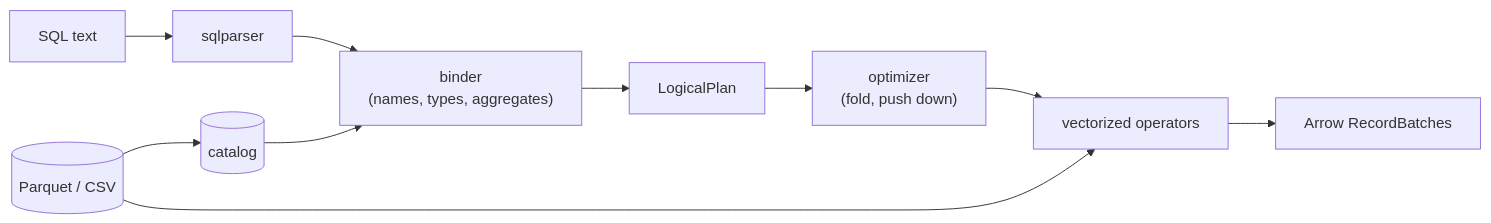
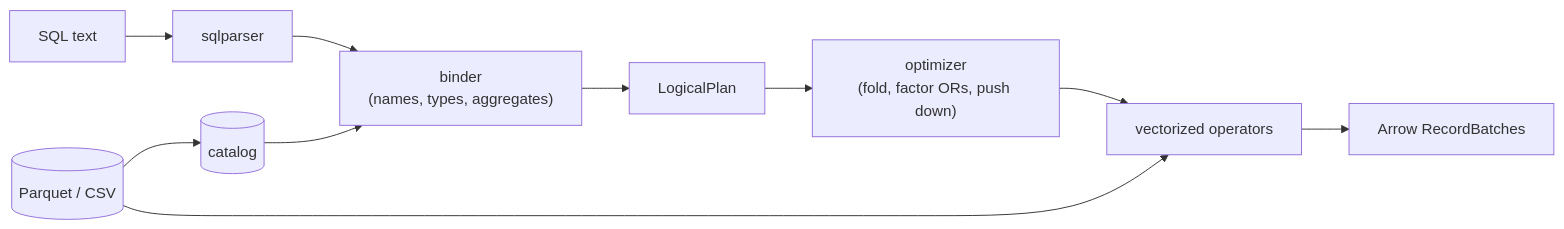
The diagram in README.md (vivekdavara/quarry), drawn with Mermaid before and after one commit. The commit also changed other lines of this file, not shown here.

````diff
--- a/README.md
+++ b/README.md
@@ -22,12 +23,12 @@
 ```mermaid
 flowchart LR
     sql["SQL text"] --> parser["sqlparser"]
     parser --> binder["binder<br/>(names, types, aggregates)"]
     catalog[("catalog")] --> binder
     binder --> logical["LogicalPlan"]
-    logical --> opt["optimizer<br/>(fold, push down)"]
+    logical --> opt["optimizer<br/>(fold, factor ORs, push down)"]
     opt --> exec["vectorized operators"]
     files[("Parquet / CSV")] --> catalog
     files --> exec
     exec --> batches["Arrow RecordBatches"]
 ```
````
